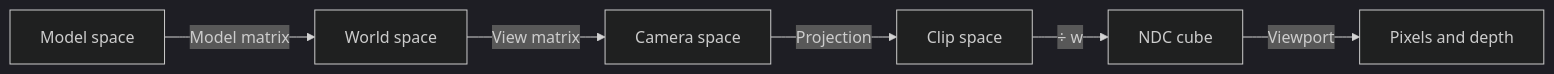
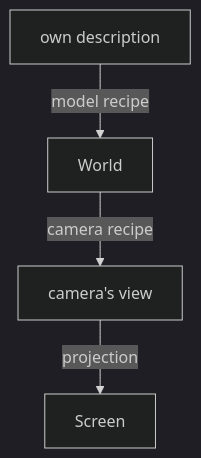
Before and after one commit to ChristianHohlfeld/kernengine.de: the first of 4 diagrams in kern/docs/book-green/B-rendering.md, drawn with Mermaid (dark theme). The commit also changed other lines of this file and 22 other files, not shown here.

````diff
--- a/kern/docs/book-green/B-rendering.md
+++ b/kern/docs/book-green/B-rendering.md
@@ -20,8 +72,7 @@
 ```mermaid
-flowchart LR
-  M["Model space"] -->|"Model matrix"| W["World space"]
-  W -->|"View matrix"| K["Camera space"]
-  K -->|"Projection"| C["Clip space"]
-  C -->|"÷ w"| N["NDC cube"]
-  N -->|"Viewport"| S["Pixels and depth"]
+%% Caption: From its own description onto the screen: one recipe per change
+flowchart TB
+  M["own description"] -->|"model recipe"| W["World"]
+  W -->|"camera recipe"| K["camera's view"]
+  K -->|"projection"| S["Screen"]
 ```
````
